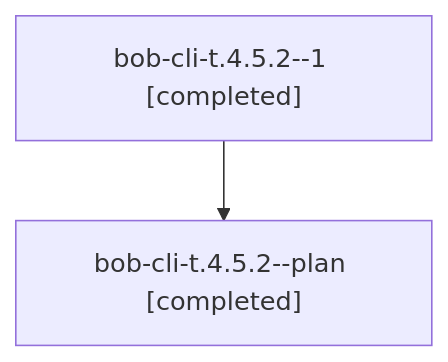
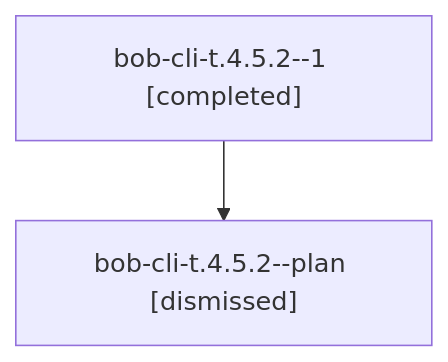
The diagram in families/bbugyi200.athena.bob-cli-t.4.5.2.md (bobs-org/bob-cli--agents), drawn with Mermaid before and after one commit. The commit also changed other lines of this file and 141 other files, not shown here.

````diff
--- a/families/bbugyi200.athena.bob-cli-t.4.5.2.md
+++ b/families/bbugyi200.athena.bob-cli-t.4.5.2.md
@@ -9,6 +9,6 @@
 ```mermaid
 flowchart TD
   n0["bob-cli-t.4.5.2--1 [completed]"]
-  n1["bob-cli-t.4.5.2--plan [completed]"]
+  n1["bob-cli-t.4.5.2--plan [dismissed]"]
   n0 --> n1
 ```
````
